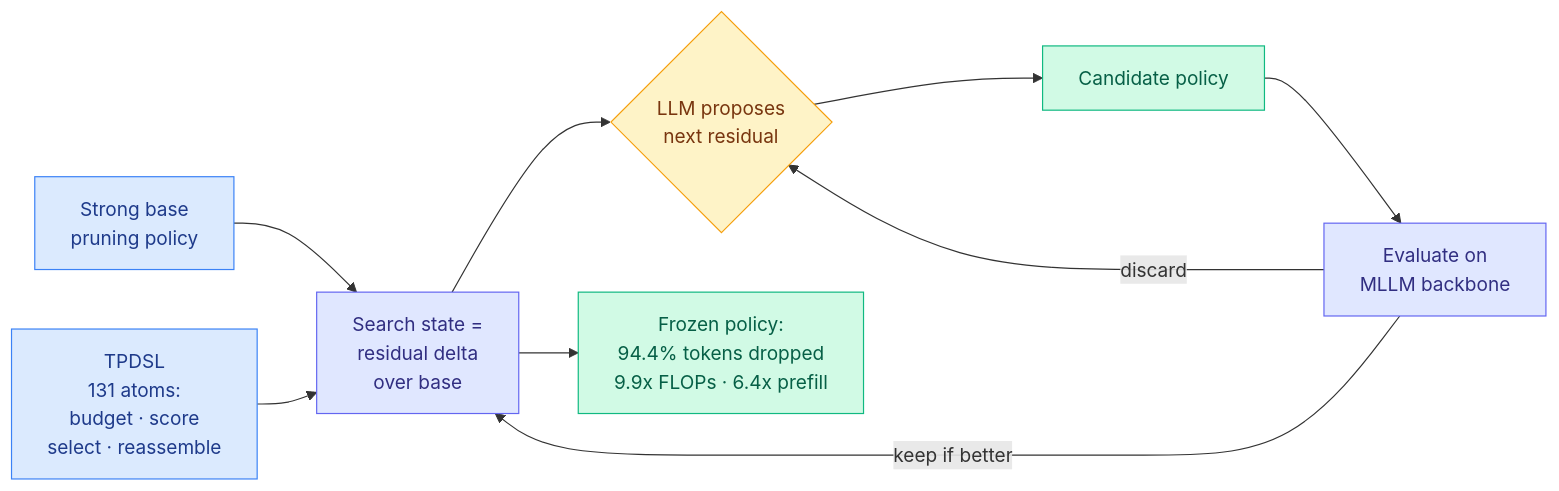
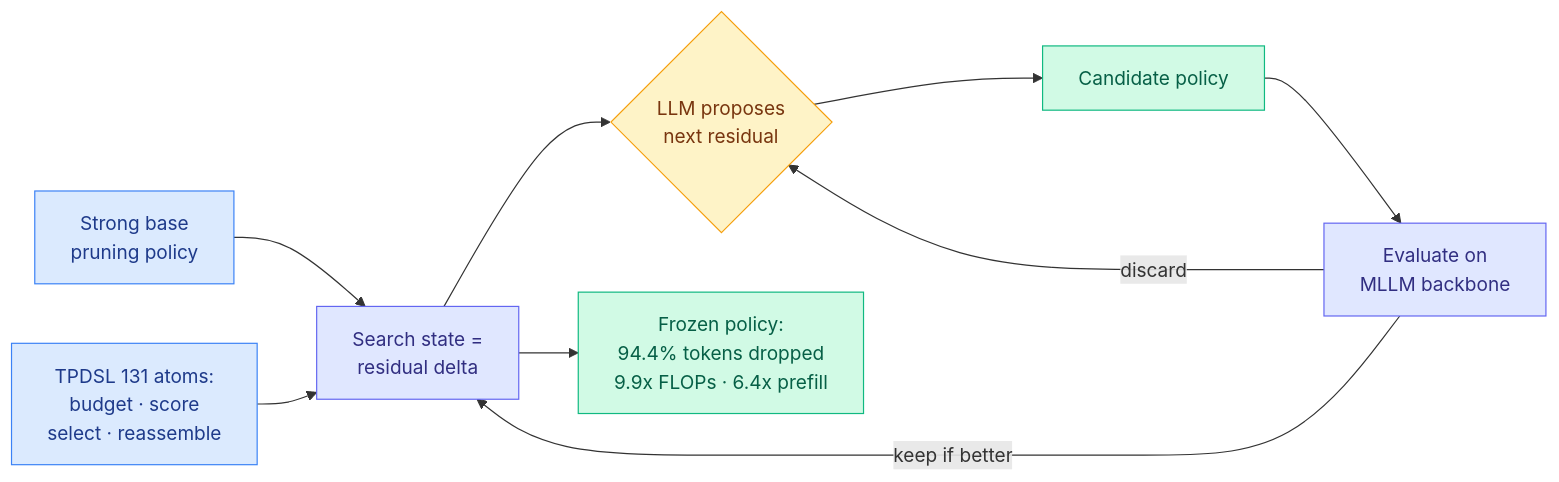
The second of 5 diagrams in wiki/daily-digest/2026-08/2026-08-16.md (bayesiansapien/cere-bro), drawn with Mermaid before and after one commit. The commit also changed other lines of this file, not shown here.

````diff
--- a/wiki/daily-digest/2026-08/2026-08-16.md
+++ b/wiki/daily-digest/2026-08/2026-08-16.md
@@ -38,19 +93,19 @@
 ```mermaid
 flowchart LR
-  BASE[Strong base<br/>pruning policy] --> STATE[Search state =<br/>residual delta<br/>over base]
-  DSL[TPDSL<br/>131 atoms:<br/>budget · score<br/>select · reassemble] --> STATE
+  BASE[Strong base<br/>pruning policy] --> STATE[Search state =<br/>residual delta]
+  DSL[TPDSL 131 atoms:<br/>budget · score<br/>select · reassemble] --> STATE
   STATE --> LLM{LLM proposes<br/>next residual}
   LLM --> CAND[Candidate policy]
   CAND --> EVAL[Evaluate on<br/>MLLM backbone]
   EVAL -->|keep if better| STATE
   EVAL -->|discard| LLM
   STATE --> OUT[Frozen policy:<br/>94.4% tokens dropped<br/>9.9x FLOPs · 6.4x prefill]
   classDef input fill:#dbeafe,stroke:#3b82f6,color:#1e3a8a
   classDef decision fill:#fef3c7,stroke:#f59e0b,color:#78350f
   classDef output fill:#d1fae5,stroke:#10b981,color:#065f46
   classDef aux fill:#e0e7ff,stroke:#6366f1,color:#312e81
   class BASE,DSL input
   class LLM decision
   class OUT,CAND output
   class STATE,EVAL aux
 ```
````
